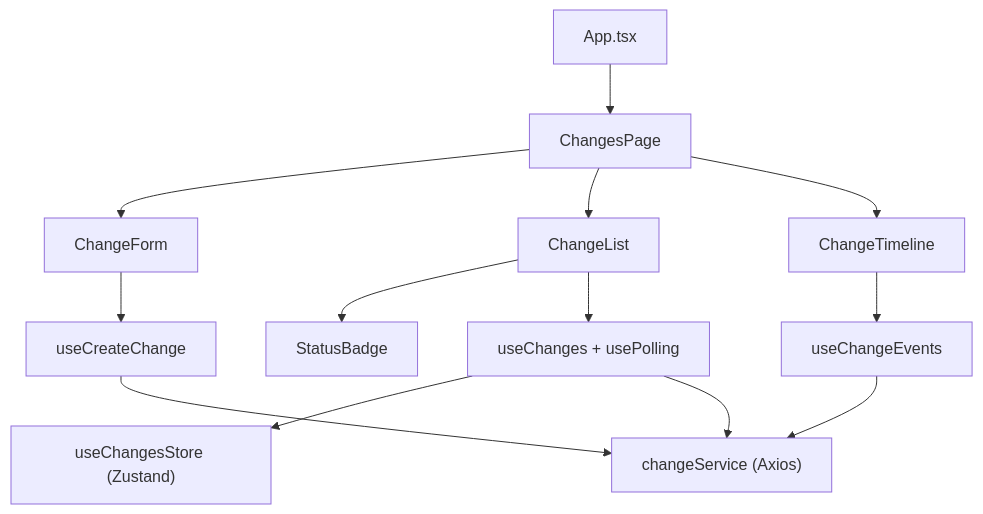
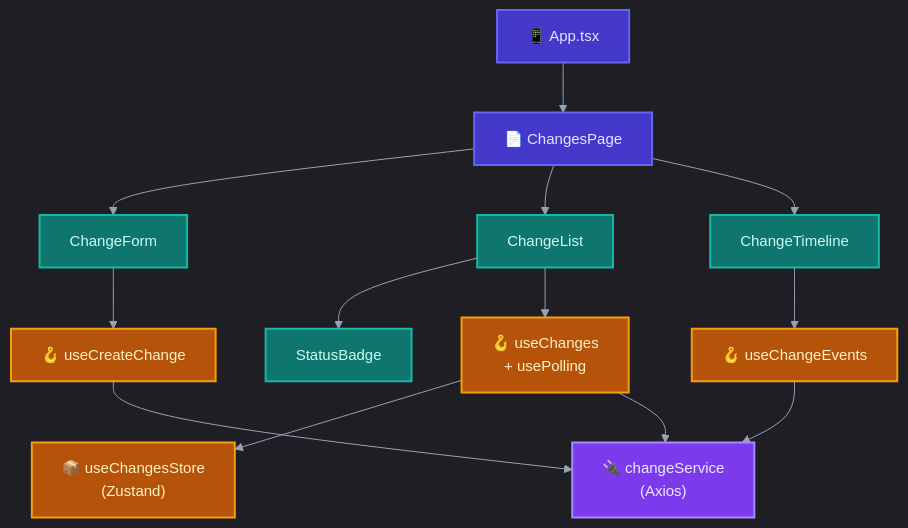
One commit to claudecirmiranda/changeops changed the seventh of 10 diagrams in docs/PROJETO_COMPLETO.md. Above: the diagram before and after it, drawn with Mermaid. The commit also changed other lines of this file and 3 other files, not shown here.

First line of the commit message:
refactor: update container and sequence diagrams for ChangeOps Dashboard

````diff
--- a/docs/PROJETO_COMPLETO.md
+++ b/docs/PROJETO_COMPLETO.md
@@ -916,27 +1050,35 @@
 ```mermaid
-graph TD
-    APP["App.tsx"]
-    PAGE["ChangesPage"]
+%%{init: {'theme':'dark','themeVariables':{'fontSize':'15px','lineColor':'#94A3B8','edgeLabelBackground':'transparent'}}}%%
+flowchart TD
+    APP["📱 App.tsx"]
+    PAGE["📄 ChangesPage"]
     FORM["ChangeForm"]
     LIST["ChangeList"]
     TIMELINE["ChangeTimeline"]
     BADGE["StatusBadge"]
-    STORE["useChangesStore (Zustand)"]
-    H_CHANGES["useChanges + usePolling"]
-    H_CREATE["useCreateChange"]
-    H_EVENTS["useChangeEvents"]
-    SVC["changeService (Axios)"]
+    STORE["📦 useChangesStore<br/>(Zustand)"]
+    H_CHANGES["🪝 useChanges<br/>+ usePolling"]
+    H_CREATE["🪝 useCreateChange"]
+    H_EVENTS["🪝 useChangeEvents"]
+    SVC["🔌 changeService<br/>(Axios)"]
 
     APP --> PAGE
-    PAGE --> FORM
-    PAGE --> LIST
-    PAGE --> TIMELINE
+    PAGE --> FORM & LIST & TIMELINE
     LIST --> BADGE
     FORM --> H_CREATE
     LIST --> H_CHANGES
     TIMELINE --> H_EVENTS
-    H_CHANGES --> STORE
-    H_CHANGES --> SVC
+    H_CHANGES --> STORE & SVC
     H_CREATE --> SVC
     H_EVENTS --> SVC
+
+    classDef page fill:#4338CA,stroke:#6366F1,color:#E0E7FF,stroke-width:2px
+    classDef component fill:#0F766E,stroke:#14B8A6,color:#CCFBF1,stroke-width:2px
+    classDef hook fill:#B45309,stroke:#F59E0B,color:#FEF3C7,stroke-width:2px
+    classDef service fill:#7C3AED,stroke:#A78BFA,color:#EDE9FE,stroke-width:2px
+
+    class APP,PAGE page
+    class FORM,LIST,TIMELINE,BADGE component
+    class H_CHANGES,H_CREATE,H_EVENTS,STORE hook
+    class SVC service
 ```
````
